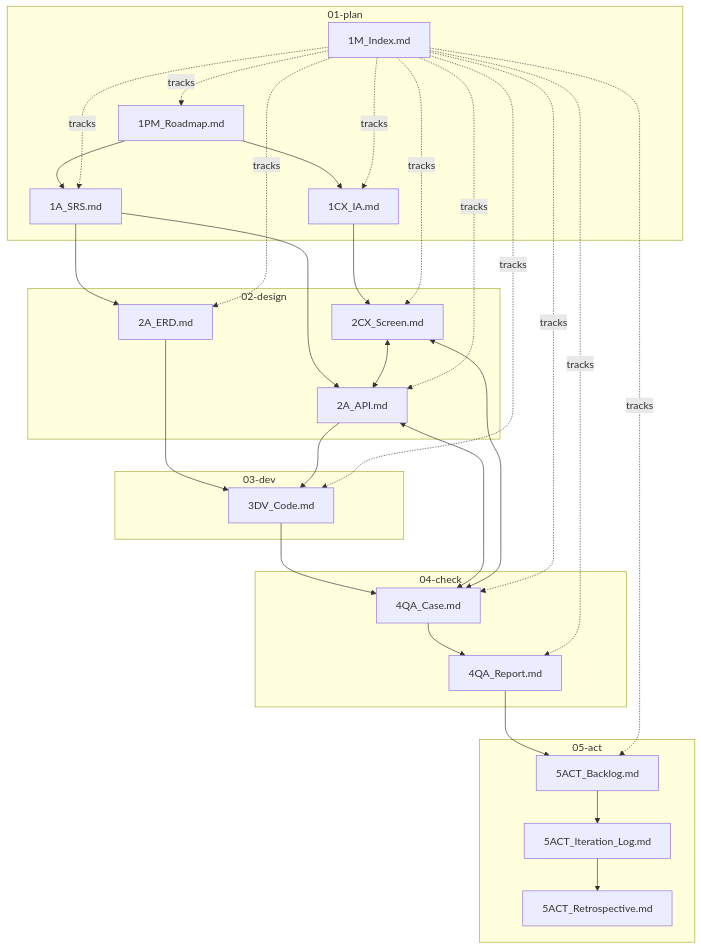
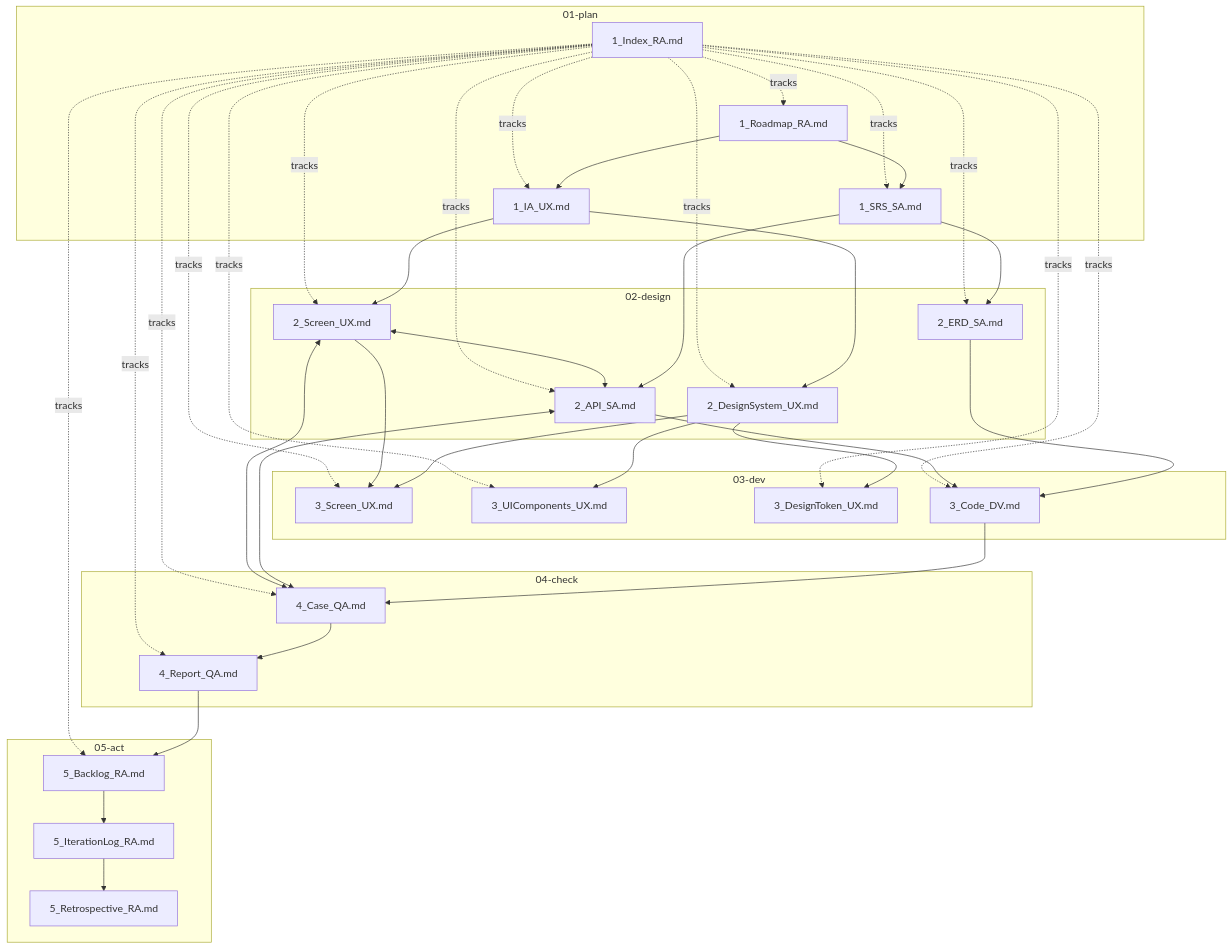
The third of 4 diagrams in references/traceability-matrix.md (upleat-ax/u-maker-plugin), drawn with Mermaid before and after one commit. The commit also changed other lines of this file and 61 other files, not shown here.

````diff
--- a/references/traceability-matrix.md
+++ b/references/traceability-matrix.md
@@ -79,63 +80,76 @@
 ```mermaid
 flowchart TD
     subgraph PLAN["01-plan"]
-        ROADMAP[1PM_Roadmap.md]
-        SRS[1A_SRS.md]
-        IA[1CX_IA.md]
-        INDEX[1M_Index.md]
+        ROADMAP[1_Roadmap_RA.md]
+        SRS[1_SRS_SA.md]
+        IA[1_IA_UX.md]
+        INDEX[1_Index_RA.md]
     end
 
     subgraph DESIGN["02-design"]
-        SCREEN[2CX_Screen.md]
-        ERD[2A_ERD.md]
-        API[2A_API.md]
+        SCREEN[2_Screen_UX.md]
+        DSYS[2_DesignSystem_UX.md]
+        ERD[2_ERD_SA.md]
+        API[2_API_SA.md]
     end
 
     subgraph DEV["03-dev"]
-        CODE[3DV_Code.md]
+        SCR_UX[3_Screen_UX.md]
+        UICOMP[3_UIComponents_UX.md]
+        DTOKEN[3_DesignToken_UX.md]
+        CODE[3_Code_DV.md]
     end
 
     subgraph CHECK_PHASE["04-check"]
-        CASE[4QA_Case.md]
-        REPORT[4QA_Report.md]
+        CASE[4_Case_QA.md]
+        REPORT[4_Report_QA.md]
     end
 
     subgraph ACT_PHASE["05-act"]
-        BACKLOG[5ACT_Backlog.md]
-        ITER_LOG[5ACT_Iteration_Log.md]
-        RETRO[5ACT_Retrospective.md]
+        BACKLOG[5_Backlog_RA.md]
+        ITER_LOG[5_IterationLog_RA.md]
+        RETRO[5_Retrospective_RA.md]
     end
 
     %% Vertical dependencies
     ROADMAP --> SRS
     ROADMAP --> IA
     SRS --> ERD
     SRS --> API
     IA --> SCREEN
+    IA --> DSYS
+    DSYS --> SCR_UX
+    DSYS --> UICOMP
+    DSYS --> DTOKEN
     ERD --> CODE
     API --> CODE
+    SCREEN --> SCR_UX
     CODE --> CASE
 
     %% Horizontal dependencies
     SCREEN <--> API
     API <--> CASE
     SCREEN <--> CASE
 
     %% Check → Act flow
     CASE --> REPORT
     REPORT --> BACKLOG
     BACKLOG --> ITER_LOG
     ITER_LOG --> RETRO
 
     %% Index tracks all
     INDEX -.->|tracks| ROADMAP
     INDEX -.->|tracks| SRS
     INDEX -.->|tracks| IA
     INDEX -.->|tracks| SCREEN
+    INDEX -.->|tracks| DSYS
     INDEX -.->|tracks| ERD
     INDEX -.->|tracks| API
+    INDEX -.->|tracks| SCR_UX
+    INDEX -.->|tracks| UICOMP
+    INDEX -.->|tracks| DTOKEN
     INDEX -.->|tracks| CODE
     INDEX -.->|tracks| CASE
     INDEX -.->|tracks| REPORT
     INDEX -.->|tracks| BACKLOG
 ```
````
